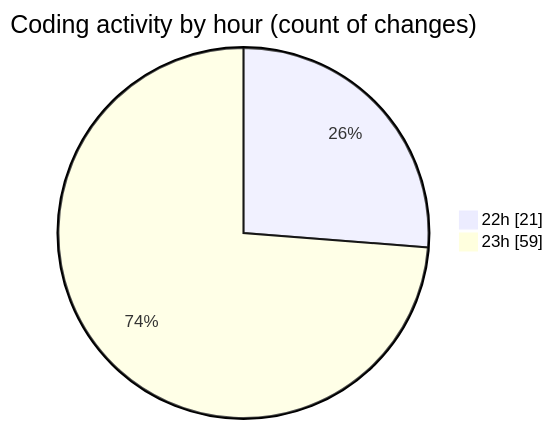
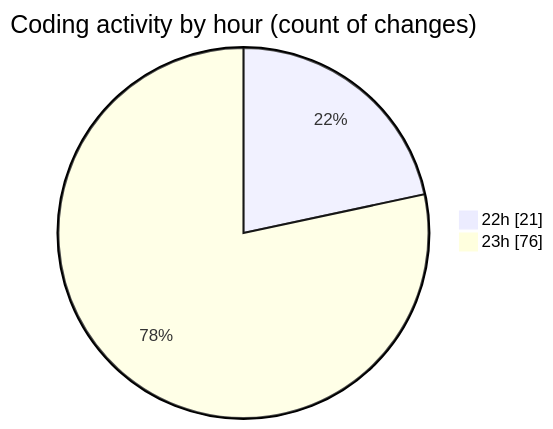
One commit to Ritupan-Deka/code-tracking changed the second of 2 diagrams in 2025-07-22/javascript/README.md. Above: the diagram before and after it, drawn with Mermaid. The commit also changed other lines of this file and 1 other file, not shown here.

````diff
--- a/2025-07-22/javascript/README.md
+++ b/2025-07-22/javascript/README.md
@@ -29,6 +29,6 @@
 ```mermaid
 pie showData
 title Coding activity by hour (count of changes)
 "22h" : 21
-"23h" : 59
+"23h" : 76
 ```
````
